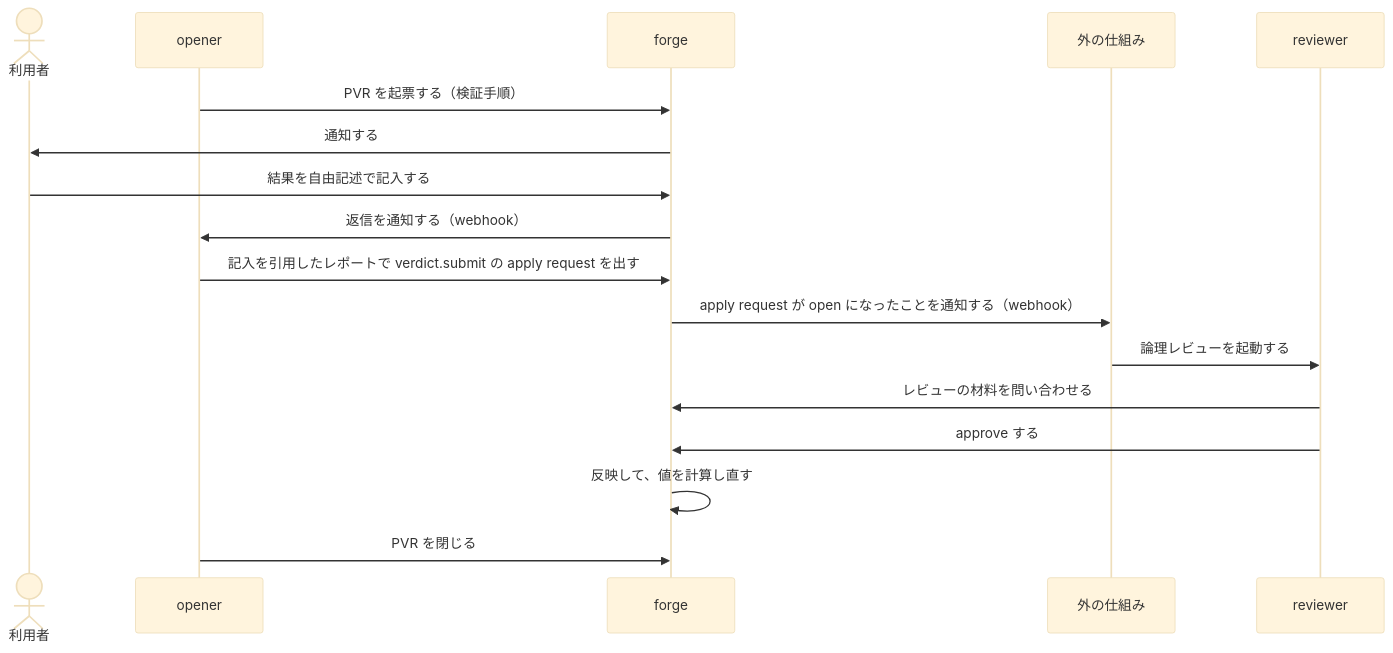
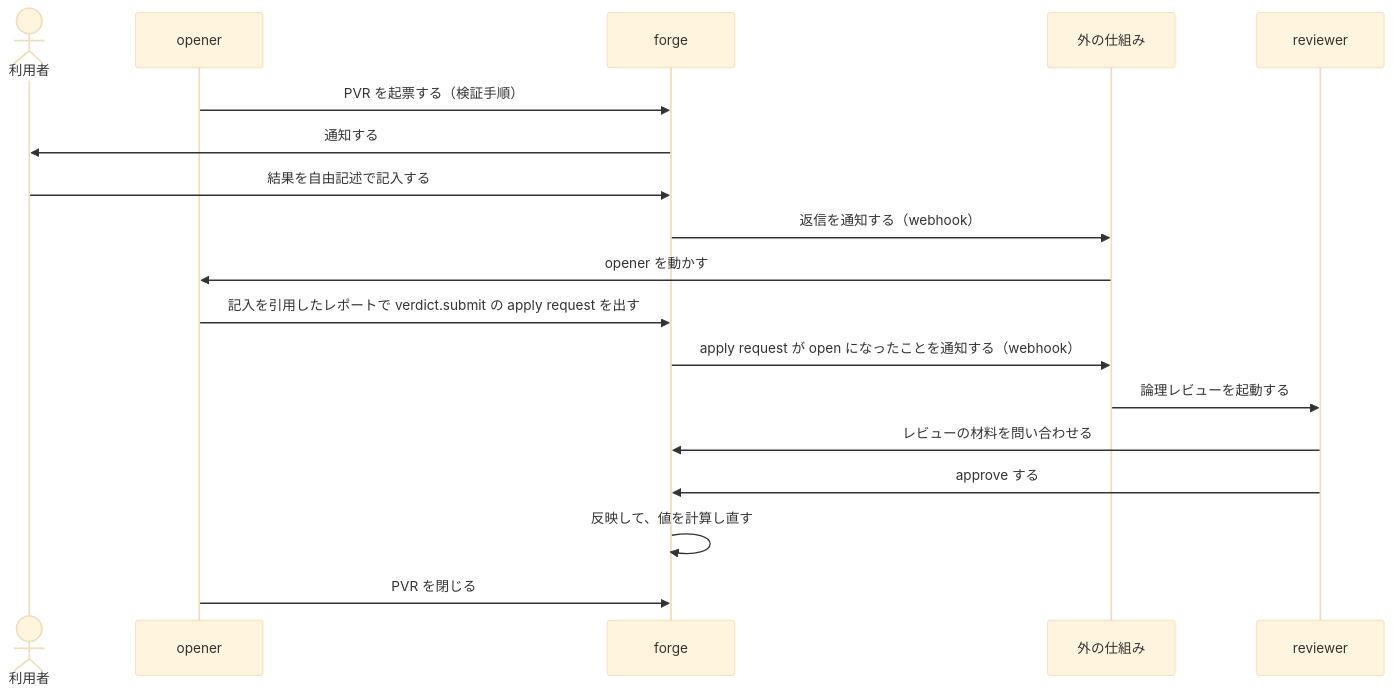
The diagram in docs/threads/README.md (yamambainc/logiforge), drawn with Mermaid (base theme) before and after one commit. The commit also changed other lines of this file and 3 other files, not shown here.

````diff
--- a/docs/threads/README.md
+++ b/docs/threads/README.md
@@ -53,19 +51,20 @@
 ```mermaid
 sequenceDiagram
   actor U as 利用者
   participant O as opener
   participant H as forge
   participant X as 外の仕組み
   participant R as reviewer
   O->>H: PVR を起票する（検証手順）
   H->>U: 通知する
   U->>H: 結果を自由記述で記入する
-  H->>O: 返信を通知する（webhook）
+  H->>X: 返信を通知する（webhook）
+  X->>O: opener を動かす
   O->>H: 記入を引用したレポートで verdict.submit の apply request を出す
   H->>X: apply request が open になったことを通知する（webhook）
   X->>R: 論理レビューを起動する
   R->>H: レビューの材料を問い合わせる
   R->>H: approve する
   H->>H: 反映して、値を計算し直す
   O->>H: PVR を閉じる
 ```
````
